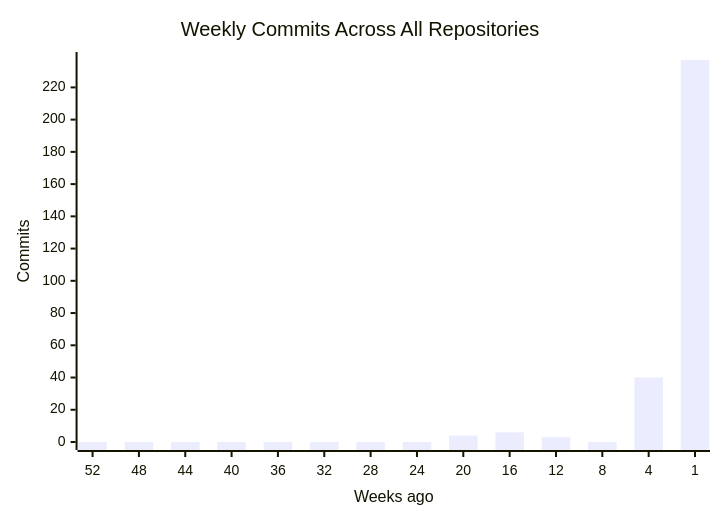
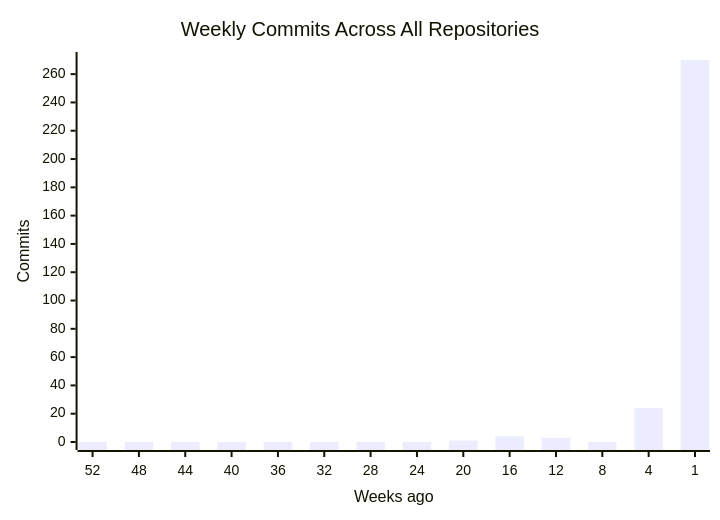
The first of 4 diagrams in profile/README.md (CSTH-Projects/.github), drawn with Mermaid before and after one commit. The commit also changed other lines of this file, not shown here.

````diff
--- a/profile/README.md
+++ b/profile/README.md
@@ -16,7 +16,7 @@
 ```mermaid
 xychart-beta
     title "Weekly Commits Across All Repositories"
     x-axis "Weeks ago" [52, 48, 44, 40, 36, 32, 28, 24, 20, 16, 12, 8, 4, 1]
     y-axis "Commits"
-    bar [0, 0, 0, 0, 0, 0, 0, 0, 4, 6, 3, 0, 40, 237]
+    bar [0, 0, 0, 0, 0, 0, 0, 0, 1, 4, 3, 0, 24, 270]
 ```
````
